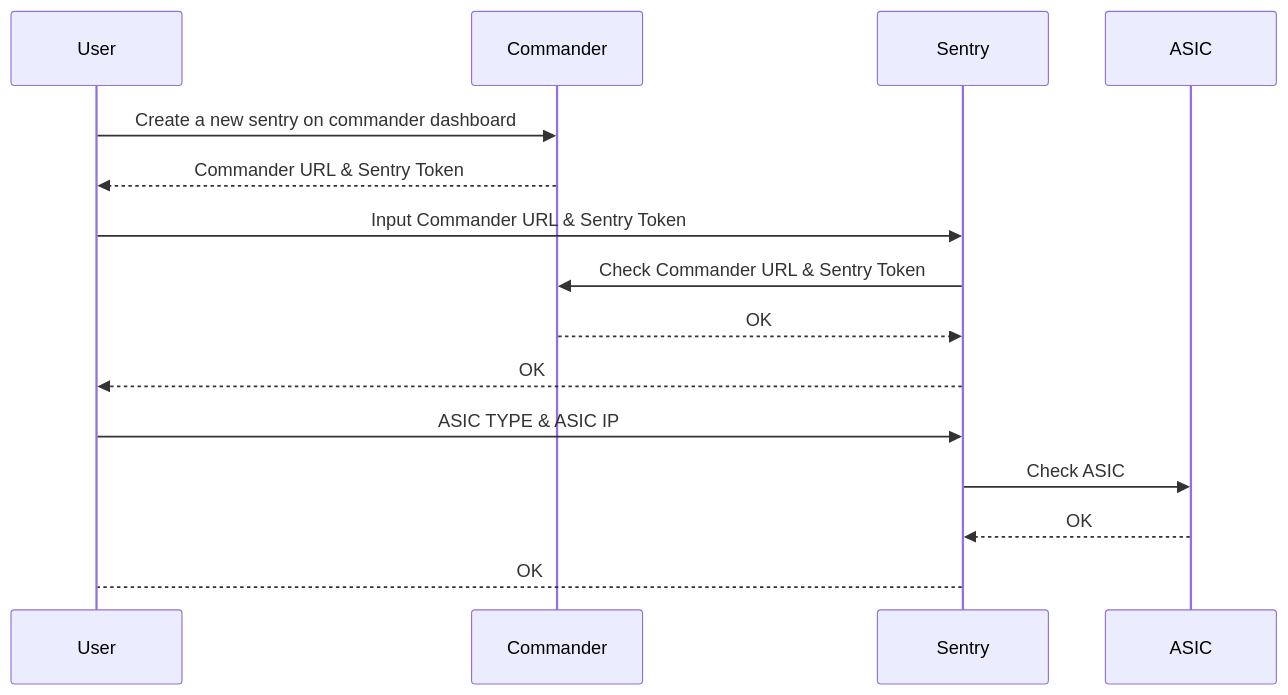
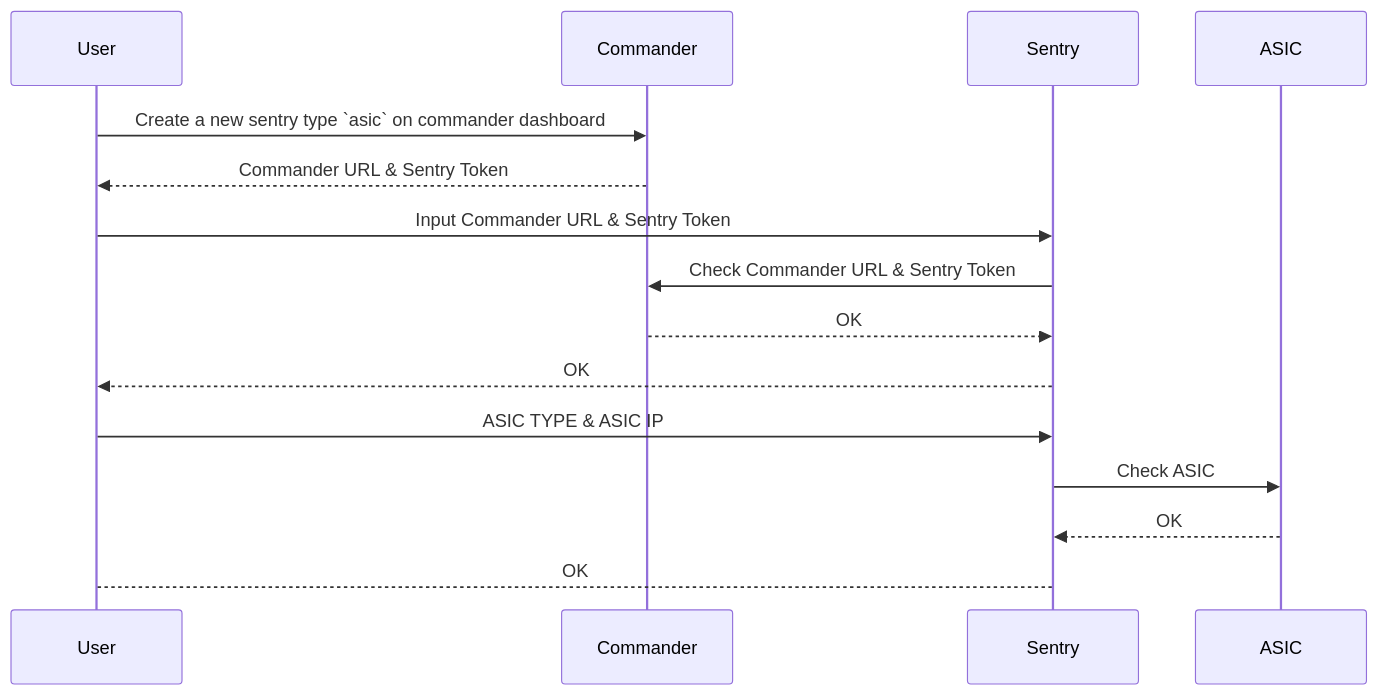
The second of 5 diagrams in docs/index.md (nguyenvinhlinh/Mining-Rig-Monitor-Document), drawn with Mermaid before and after one commit. The commit also changed other lines of this file, not shown here.

Commit message:
update flow

````diff
--- a/docs/index.md
+++ b/docs/index.md
@@ -50,16 +49,16 @@
 ```mermaid
 sequenceDiagram
-    User ->> Commander: Create a new sentry on commander dashboard
+    User ->> Commander: Create a new sentry type `asic` on commander dashboard
     Commander -->> User: Commander URL & Sentry Token
 
     User ->> Sentry: Input Commander URL & Sentry Token
     Sentry->>Commander: Check Commander URL & Sentry Token
     Commander-->>Sentry: OK
     Sentry-->>User: OK
 
     User->>Sentry: ASIC TYPE & ASIC IP
     Sentry->>ASIC: Check ASIC
     ASIC-->>Sentry: OK
     Sentry-->User: OK
 
 ```
````
